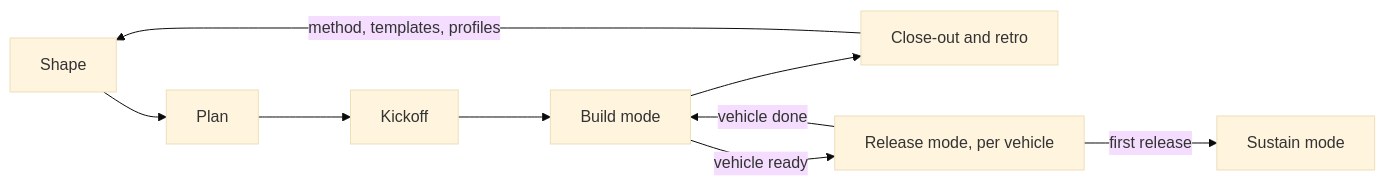
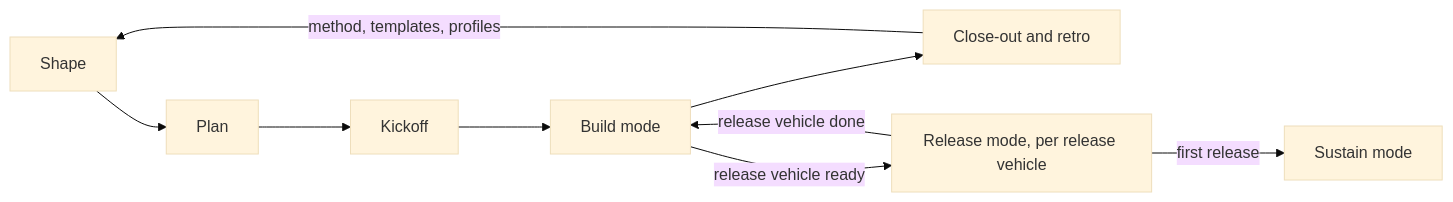
The second of 2 diagrams in method.md (levente-simon/governed-semi-autonomous-development), drawn with Mermaid (base theme) before and after one commit. The commit also changed other lines of this file and 8 other files, not shown here.

````diff
--- a/method.md
+++ b/method.md
@@ -167,8 +156,8 @@
 ```mermaid
 graph LR
   S[Shape] --> P[Plan] --> K[Kickoff] --> B[Build mode] --> C[Close-out and retro]
-  B -->|vehicle ready| R[Release mode, per vehicle]
-  R -->|vehicle done| B
+  B -->|release vehicle ready| R[Release mode, per release vehicle]
+  R -->|release vehicle done| B
   R -->|first release| M[Sustain mode]
   C -->|method, templates, profiles| S
 ```
````
